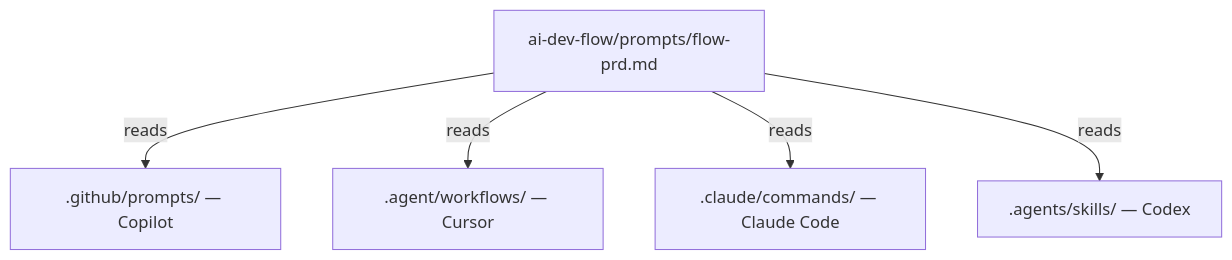
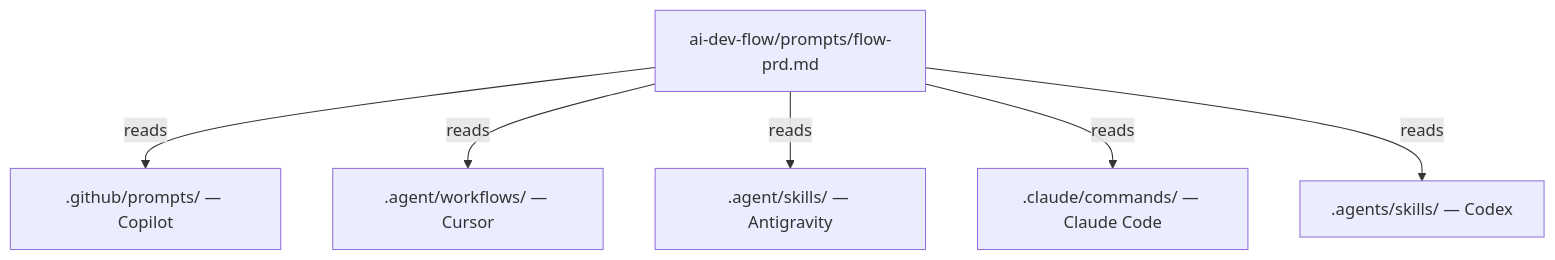
The second of 3 diagrams in README.md (viniciuscarneiro/ai-dev-flow), drawn with Mermaid before and after one commit. The commit also changed other lines of this file and 26 other files, not shown here.

First line of the commit message:
Add /flow-ux — UX/UI Design Specification step (#8)

````diff
--- a/README.md
+++ b/README.md
@@ -169,7 +173,8 @@
 ```mermaid
 graph TD
     S["ai-dev-flow/prompts/flow-prd.md"] -->|reads| C1[".github/prompts/ — Copilot"]
     S -->|reads| C2[".agent/workflows/ — Cursor"]
-    S -->|reads| C3[".claude/commands/ — Claude Code"]
-    S -->|reads| C4[".agents/skills/ — Codex"]
+    S -->|reads| C3[".agent/skills/ — Antigravity"]
+    S -->|reads| C4[".claude/commands/ — Claude Code"]
+    S -->|reads| C5[".agents/skills/ — Codex"]
 ```
````
